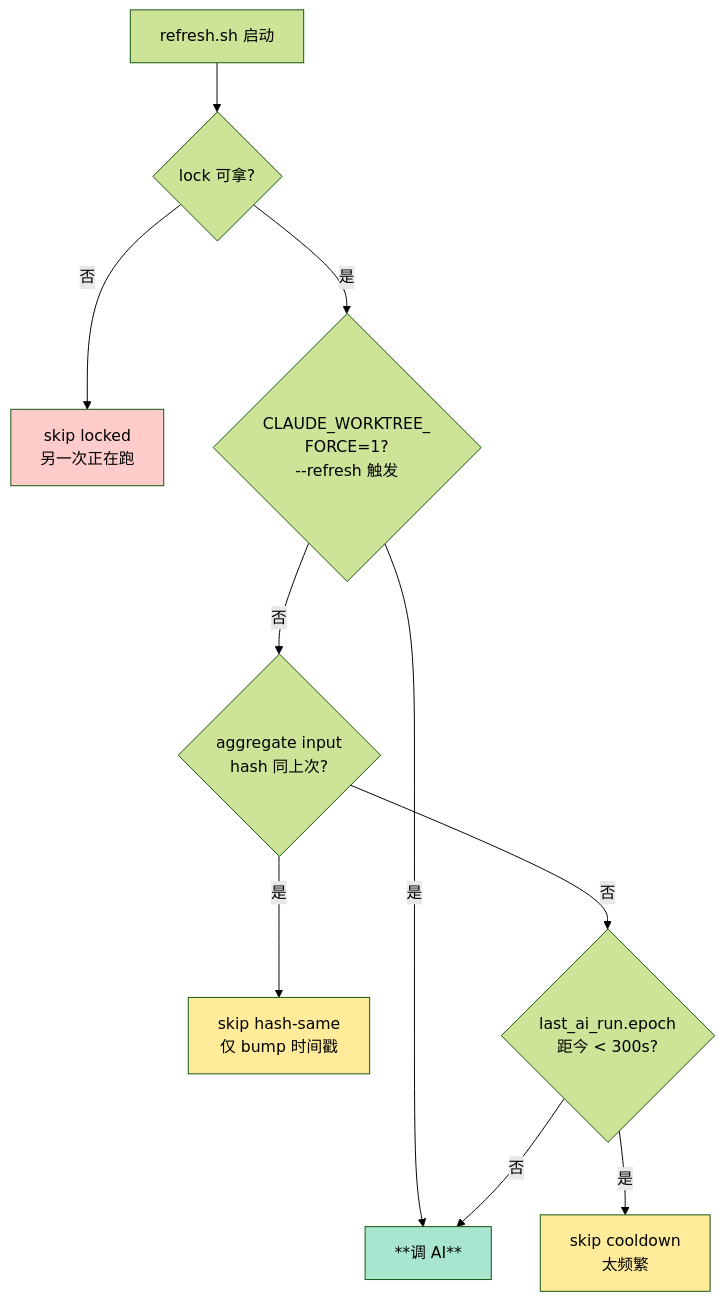
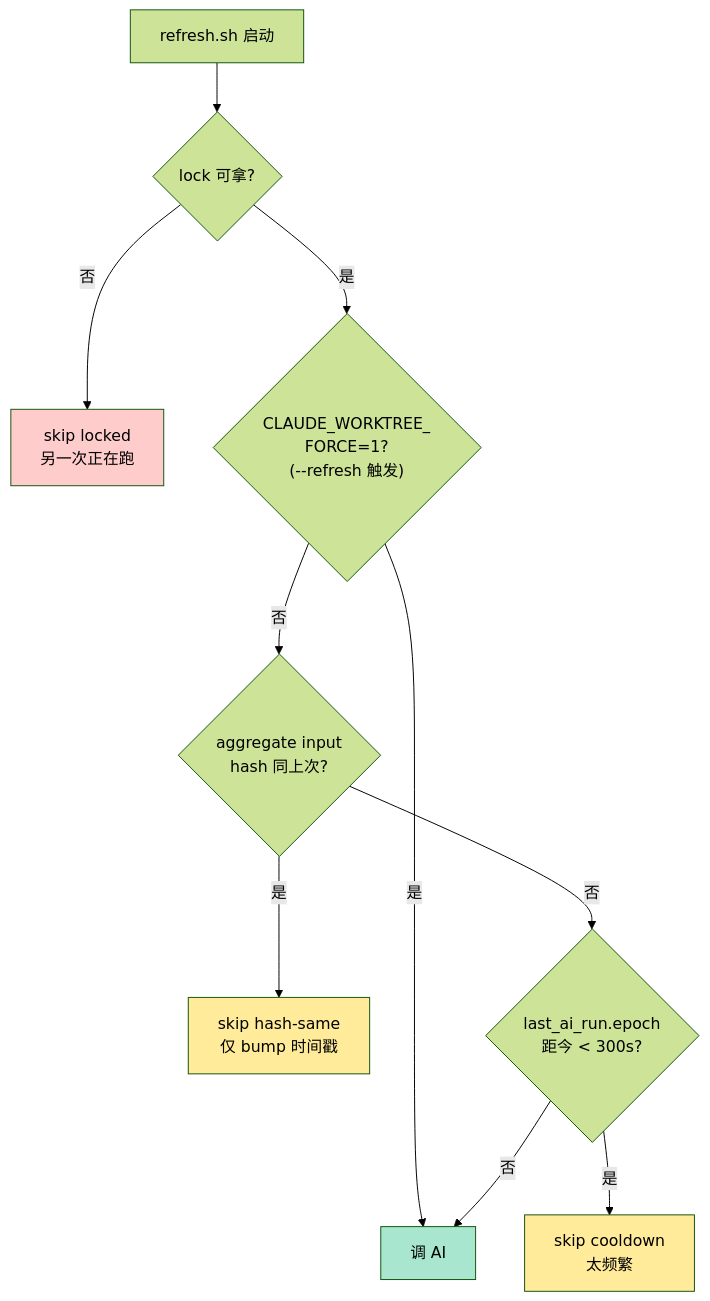
The fourth of 11 diagrams in docs/zh-CN/ARCHITECTURE.md (Icesource/claude-code-worktree), drawn with Mermaid (forest theme) before and after one commit. The commit also changed other lines of this file and 1 other file, not shown here.

First line of the commit message:
Fix Mermaid syntax errors in ARCHITECTURE diagrams

````diff
--- a/docs/zh-CN/ARCHITECTURE.md
+++ b/docs/zh-CN/ARCHITECTURE.md
@@ -342,17 +342,17 @@
 ```mermaid
 flowchart TD
-    Start[refresh.sh 启动] --> Lock{lock 可拿?}
-    Lock -- "否" --> Skip1[skip locked<br/>另一次正在跑]
-    Lock -- "是" --> Force{CLAUDE_WORKTREE_<br/>FORCE=1?<br/>--refresh 触发}
-    Force -- "是" --> Run[**调 AI**]
-    Force -- "否" --> Hash{aggregate input<br/>hash 同上次?}
-    Hash -- "是" --> Skip2[skip hash-same<br/>仅 bump 时间戳]
-    Hash -- "否" --> Marker{last_ai_run.epoch<br/>距今 < 300s?}
-    Marker -- "是" --> Skip3[skip cooldown<br/>太频繁]
+    Start["refresh.sh 启动"] --> Lock{"lock 可拿?"}
+    Lock -- "否" --> Skip1["skip locked<br/>另一次正在跑"]
+    Lock -- "是" --> Force{"CLAUDE_WORKTREE_<br/>FORCE=1?<br/>(--refresh 触发)"}
+    Force -- "是" --> Run["调 AI"]
+    Force -- "否" --> Hash{"aggregate input<br/>hash 同上次?"}
+    Hash -- "是" --> Skip2["skip hash-same<br/>仅 bump 时间戳"]
+    Hash -- "否" --> Marker{"last_ai_run.epoch<br/>距今 &lt; 300s?"}
+    Marker -- "是" --> Skip3["skip cooldown<br/>太频繁"]
     Marker -- "否" --> Run
 
     style Run fill:#a8e6cf,color:#000
     style Skip1 fill:#ffcccc,color:#000
     style Skip2 fill:#ffeb99,color:#000
     style Skip3 fill:#ffeb99,color:#000
 ```
````
